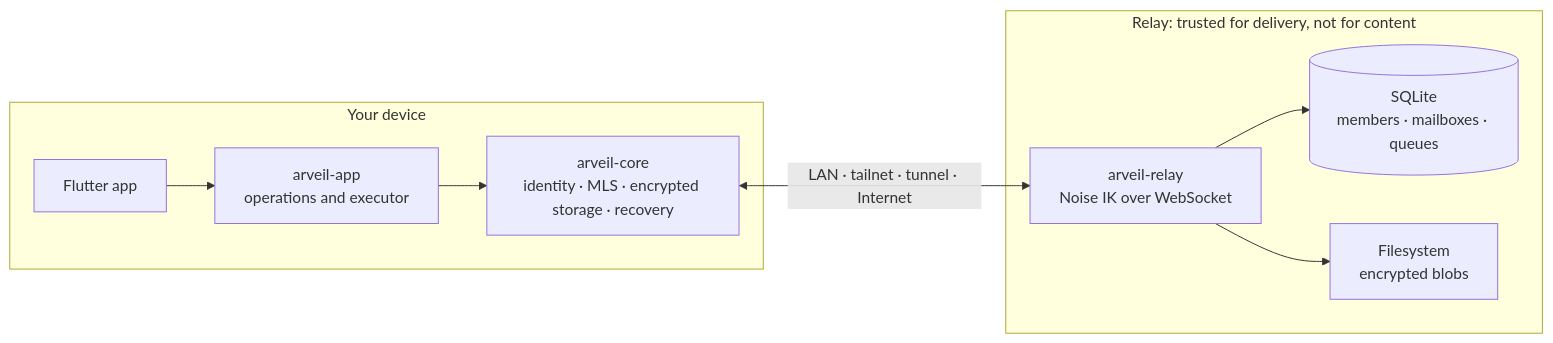
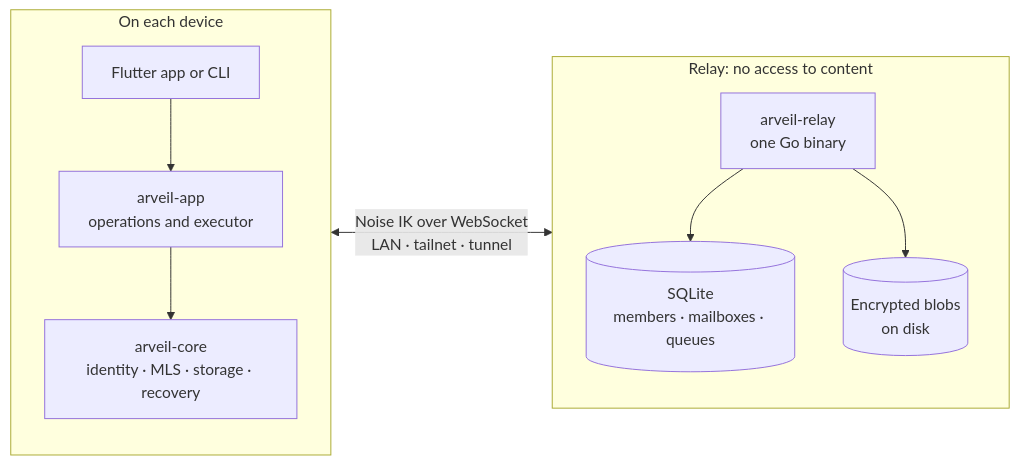
The diagram in README.md (Ulzuhan/arveil), drawn with Mermaid before and after one commit. The commit also changed other lines of this file, not shown here.

Commit message:
docs(readme): a readable architecture diagram and phone screenshots

````diff
--- a/README.md
+++ b/README.md
@@ -126,13 +134,14 @@
 ```mermaid
 flowchart LR
-  subgraph Device["Your device"]
-    UI["Flutter app"] --> App["arveil-app<br/>operations and executor"]
-    App --> Core["arveil-core<br/>identity · MLS · encrypted storage · recovery"]
+  subgraph Device["On each device"]
+    direction TB
+    UI["Flutter app or CLI"] --> App["arveil-app<br/>operations and executor"]
+    App --> Core["arveil-core<br/>identity · MLS · storage · recovery"]
   end
-  subgraph Realm["Relay: trusted for delivery, not for content"]
-    Relay["arveil-relay<br/>Noise IK over WebSocket"]
-    Relay --> DB[("SQLite<br/>members · mailboxes · queues")]
-    Relay --> Blobs["Filesystem<br/>encrypted blobs"]
+  subgraph Realm["Relay: no access to content"]
+    direction TB
+    Relay["arveil-relay<br/>one Go binary"] --> DB[("SQLite<br/>members · mailboxes · queues")]
+    Relay --> Blobs[("Encrypted blobs<br/>on disk")]
   end
-  Core <-->|"LAN · tailnet · tunnel · Internet"| Relay
+  Core <-->|"Noise IK over WebSocket<br/>LAN · tailnet · tunnel"| Relay
 ```
````
